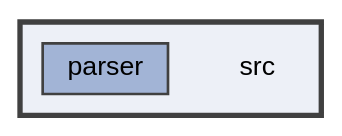
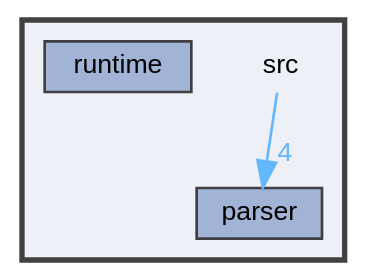
One commit to kejunp/kejunp.github.io changed the diagram in pebbl/docs/dir_68267d1309a1af8e8297ef4c3efbcdba_dep.dot. Above: the diagram before and after it, drawn with Graphviz. The commit also changed 114 other files, not shown here.

```diff
--- a/pebbl/docs/dir_68267d1309a1af8e8297ef4c3efbcdba_dep.dot
+++ b/pebbl/docs/dir_68267d1309a1af8e8297ef4c3efbcdba_dep.dot
@@ -1,13 +1,15 @@
 digraph "src"
 {
  // LATEX_PDF_SIZE
   bgcolor="transparent";
   edge [fontname=Helvetica,fontsize=10,labelfontname=Helvetica,labelfontsize=10];
   node [fontname=Helvetica,fontsize=10,shape=box,height=0.2,width=0.4];
   compound=true
   subgraph clusterdir_68267d1309a1af8e8297ef4c3efbcdba {
     graph [ bgcolor="#edf0f7", pencolor="grey25", label="", fontname=Helvetica,fontsize=10 style="filled,bold", URL="dir_68267d1309a1af8e8297ef4c3efbcdba.html",tooltip=""]
     dir_68267d1309a1af8e8297ef4c3efbcdba [shape=plaintext, label="src"];
   dir_6cd8491d143eb218b70983dbdb3c58bc [label="parser", fillcolor="#a2b4d6", color="grey25", style="filled", URL="dir_6cd8491d143eb218b70983dbdb3c58bc.html",tooltip=""];
+  dir_bf9f26469d00835ba20ff8d80ee5a804 [label="runtime", fillcolor="#a2b4d6", color="grey25", style="filled", URL="dir_bf9f26469d00835ba20ff8d80ee5a804.html",tooltip=""];
   }
+  dir_68267d1309a1af8e8297ef4c3efbcdba->dir_6cd8491d143eb218b70983dbdb3c58bc [headlabel="4", labeldistance=1.5 headhref="dir_000004_000002.html" href="dir_000004_000002.html" color="steelblue1" fontcolor="steelblue1"];
 }
```
